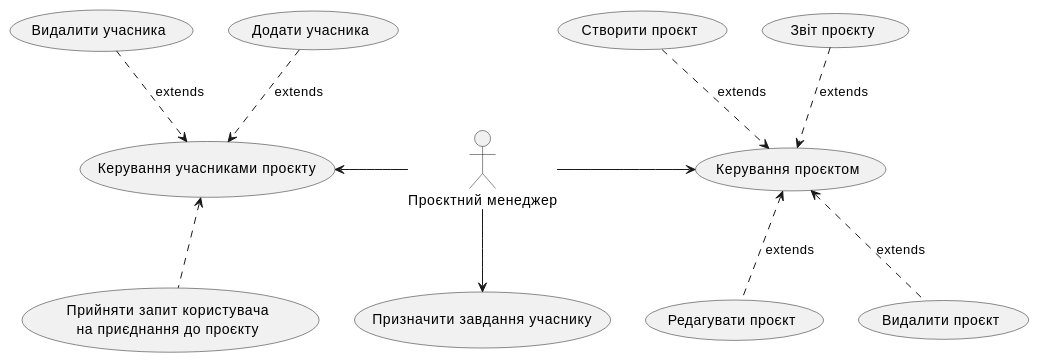
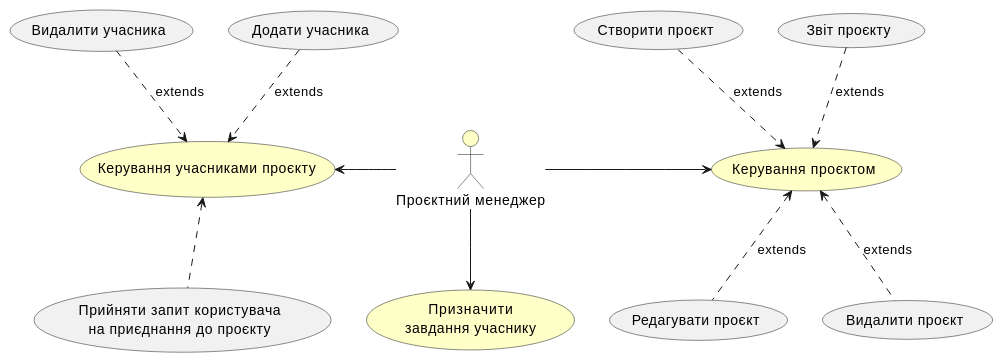
Before and after one commit to wiiiolettaaaaa/coursework_database: the fourth of 27 diagrams in docs/use cases/README.md, drawn with PlantUML. The commit also changed other lines of this file, not shown here.

```diff
--- a/docs/use cases/README.md
+++ b/docs/use cases/README.md
@@ -136,33 +136,33 @@
 @startuml
 
-    actor "Проєктний менеджер" as ProjectManager
+    actor "Проєктний менеджер" as ProjectManager #ffffc8
     
-    usecase "Керування проєктом" as ProjectManage
+    usecase "Керування проєктом" as ProjectManage #ffffc8
     usecase "Звіт проєкту" as ProjectReport
     usecase "Створити проєкт" as CreateProject
     usecase "Редагувати проєкт" as EditProject
     usecase "Видалити проєкт" as DeleteProject
     
-    usecase "Керування учасниками проєкту" as ProjectMemberManagement
+    usecase "Керування учасниками проєкту" as ProjectMemberManagement #ffffc8
     usecase "Додати учасника" as AddMember
     usecase "Видалити учасника" as DeleteMember
     usecase "Прийняти запит користувача\nна приєднання до проєкту" as AcceptUserConnectRequest
     
-    usecase "Призначити завдання учаснику" as AssignTaskToMember
+    usecase "Призначити\nзавдання учаснику" as AssignTaskToMember #ffffc8
     
     ProjectManager -r-> ProjectManage
     ProjectManager -l-> ProjectMemberManagement
     ProjectManager -d-> AssignTaskToMember
     
     ProjectManage <.u. ProjectReport :extends
     ProjectManage <.u. CreateProject :extends
     ProjectManage <.d. EditProject :extends
     ProjectManage <.d. DeleteProject :extends
     
     ProjectMemberManagement <.u. AddMember :extends
     ProjectMemberManagement <.u. DeleteMember :extends
     ProjectMemberManagement <.d. AcceptUserConnectRequest
     
     CreateProject -[hidden]--> EditProject
 
 @enduml
```
